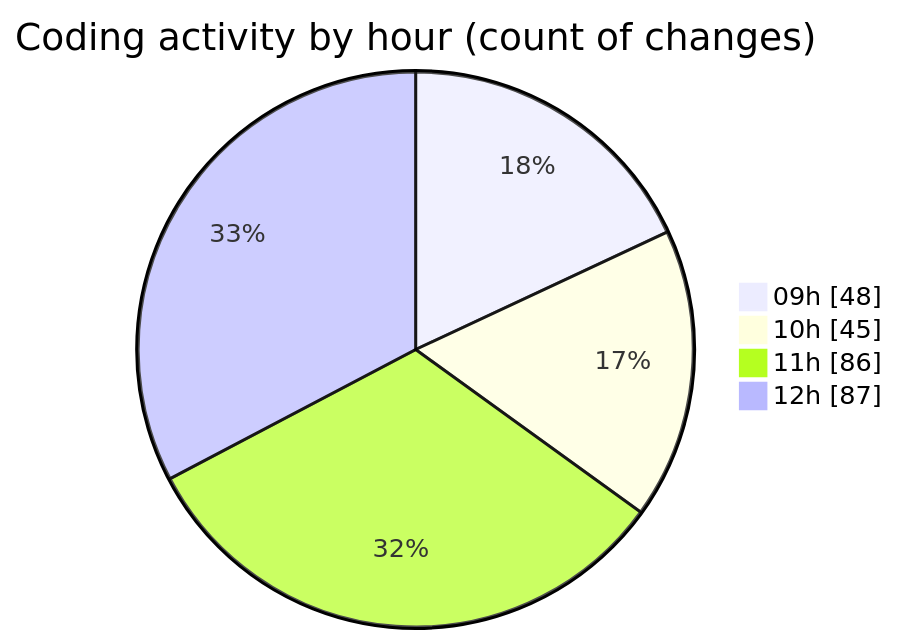
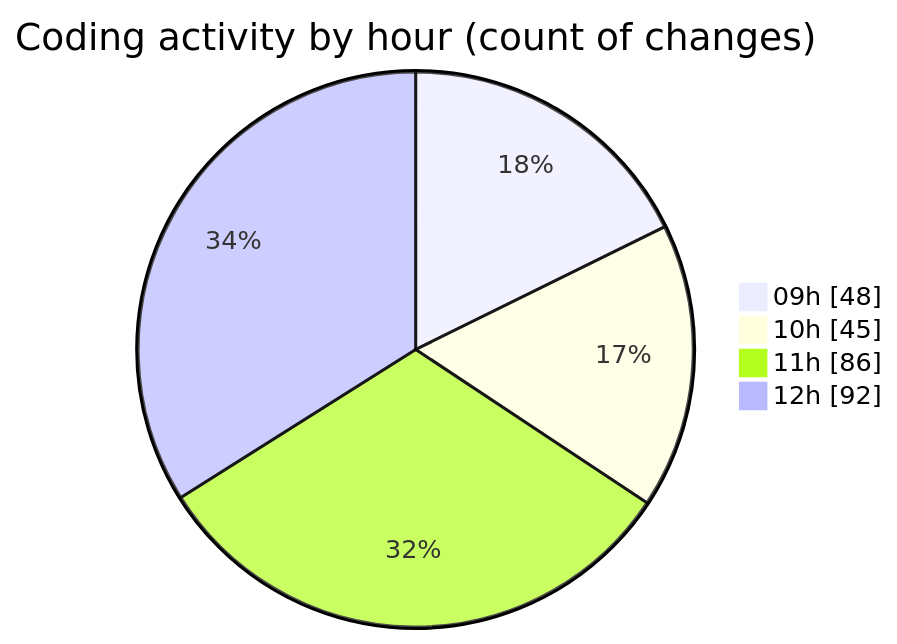
Before and after one commit to momahboobian/code-tracking: the second of 2 diagrams in 2025-03-14/cda/README.md, drawn with Mermaid. The commit also changed other lines of this file and 1 other file, not shown here.

````diff
--- a/2025-03-14/cda/README.md
+++ b/2025-03-14/cda/README.md
@@ -45,8 +45,8 @@
 ```mermaid
 pie showData
 title Coding activity by hour (count of changes)
 "09h" : 48
 "10h" : 45
 "11h" : 86
-"12h" : 87
+"12h" : 92
 ```
````
